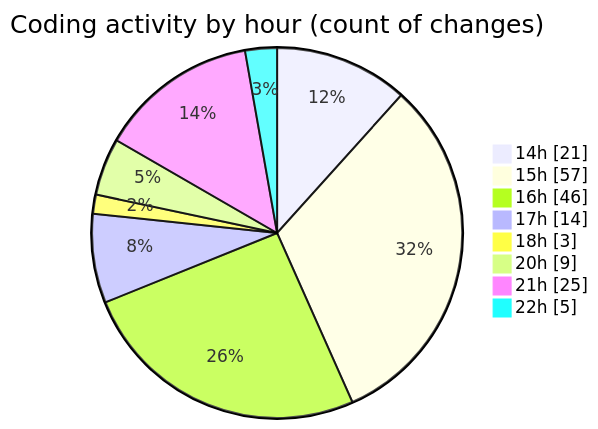
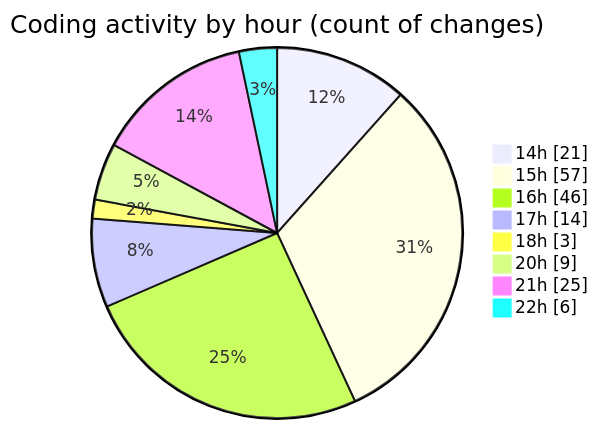
Before and after one commit to Ritupan-Deka/code-tracking: the second of 2 diagrams in 2025-05-24/projects/README.md, drawn with Mermaid. The commit also changed other lines of this file and 1 other file, not shown here.

````diff
--- a/2025-05-24/projects/README.md
+++ b/2025-05-24/projects/README.md
@@ -35,12 +35,12 @@
 ```mermaid
 pie showData
 title Coding activity by hour (count of changes)
 "14h" : 21
 "15h" : 57
 "16h" : 46
 "17h" : 14
 "18h" : 3
 "20h" : 9
 "21h" : 25
-"22h" : 5
+"22h" : 6
 ```
````
